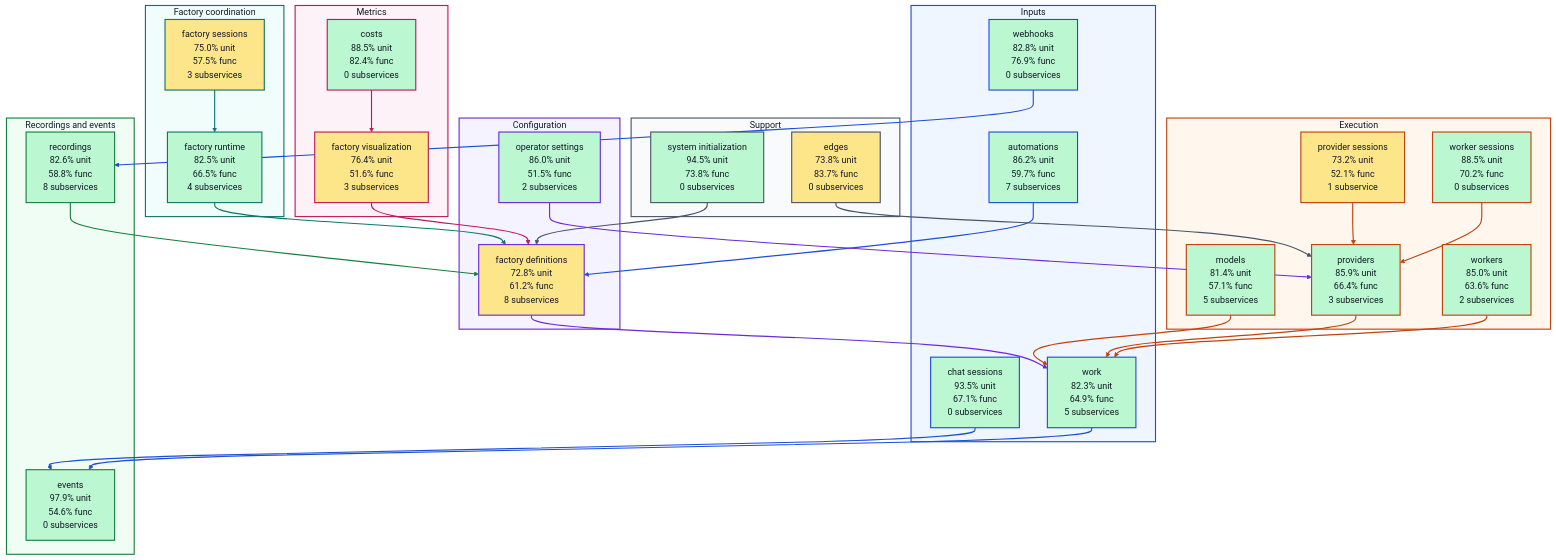
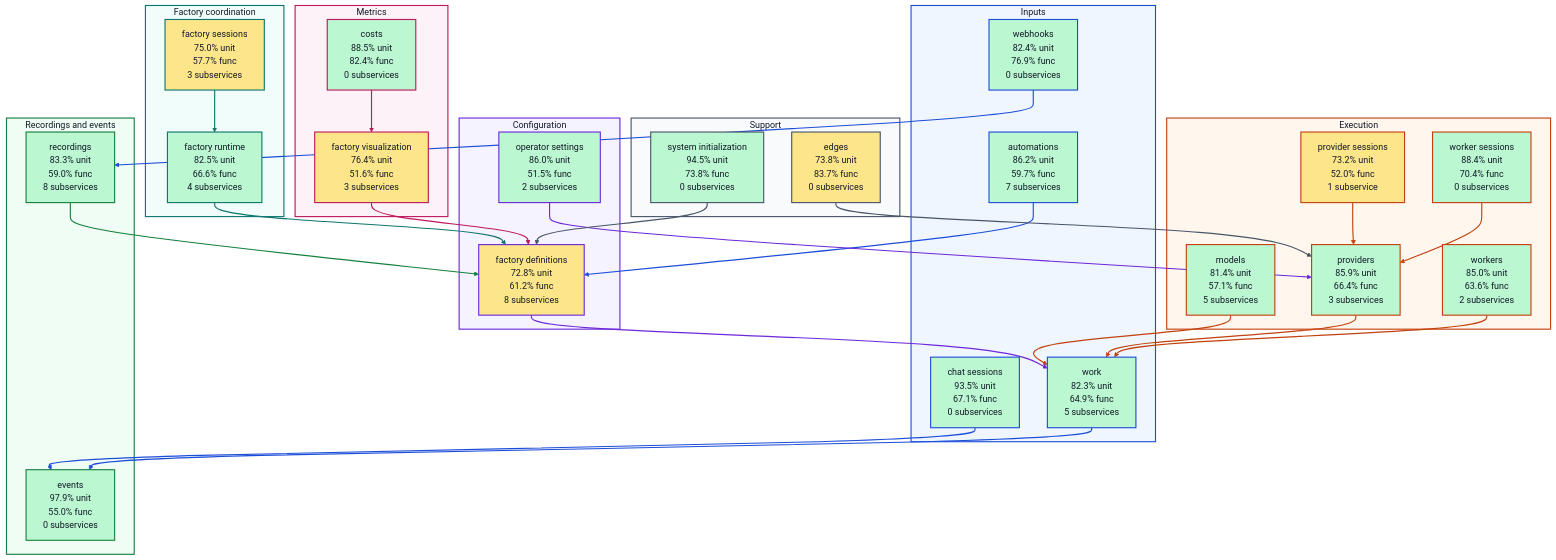
The diagram in docs/architecture/visualizations/high-level-test-coverage.md (portpowered/you-agent-factory), drawn with Mermaid before and after one commit. The commit also changed other lines of this file and 20 other files, not shown here.

Commit message:
docs: refresh backend architecture visualizations

```diff
--- a/docs/architecture/visualizations/high-level-test-coverage.md
+++ b/docs/architecture/visualizations/high-level-test-coverage.md
@@ -13,7 +13,7 @@
   subgraph input["Inputs"]
     s_services_automations["automations<br/>86.2% unit<br/>59.7% func<br/>7 subservices"]
     s_services_chat_sessions["chat sessions<br/>93.5% unit<br/>67.1% func<br/>0 subservices"]
-    s_services_webhooks["webhooks<br/>82.8% unit<br/>76.9% func<br/>0 subservices"]
+    s_services_webhooks["webhooks<br/>82.4% unit<br/>76.9% func<br/>0 subservices"]
     s_services_work["work<br/>82.3% unit<br/>64.9% func<br/>5 subservices"]
   end
   subgraph configuration["Configuration"]
@@ -21,19 +21,19 @@
     s_services_operator_settings["operator settings<br/>86.0% unit<br/>51.5% func<br/>2 subservices"]
   end
   subgraph coordination["Factory coordination"]
-    s_services_factory_runtime["factory runtime<br/>82.5% unit<br/>66.5% func<br/>4 subservices"]
-    s_services_factory_sessions["factory sessions<br/>75.0% unit<br/>57.5% func<br/>3 subservices"]
+    s_services_factory_runtime["factory runtime<br/>82.5% unit<br/>66.6% func<br/>4 subservices"]
+    s_services_factory_sessions["factory sessions<br/>75.0% unit<br/>57.7% func<br/>3 subservices"]
   end
   subgraph execution["Execution"]
     s_services_models["models<br/>81.4% unit<br/>57.1% func<br/>5 subservices"]
-    s_services_provider_sessions["provider sessions<br/>73.2% unit<br/>52.1% func<br/>1 subservice"]
+    s_services_provider_sessions["provider sessions<br/>73.2% unit<br/>52.0% func<br/>1 subservice"]
     s_services_providers["providers<br/>85.9% unit<br/>66.4% func<br/>3 subservices"]
-    s_services_worker_sessions["worker sessions<br/>88.5% unit<br/>70.2% func<br/>0 subservices"]
+    s_services_worker_sessions["worker sessions<br/>88.4% unit<br/>70.4% func<br/>0 subservices"]
     s_services_workers["workers<br/>85.0% unit<br/>63.6% func<br/>2 subservices"]
   end
   subgraph recordings["Recordings and events"]
-    s_services_events["events<br/>97.9% unit<br/>54.6% func<br/>0 subservices"]
-    s_services_recordings["recordings<br/>82.6% unit<br/>58.8% func<br/>8 subservices"]
+    s_services_events["events<br/>97.9% unit<br/>55.0% func<br/>0 subservices"]
+    s_services_recordings["recordings<br/>83.3% unit<br/>59.0% func<br/>8 subservices"]
   end
   subgraph metrics["Metrics"]
     s_services_costs["costs<br/>88.5% unit<br/>82.4% func<br/>0 subservices"]
```
